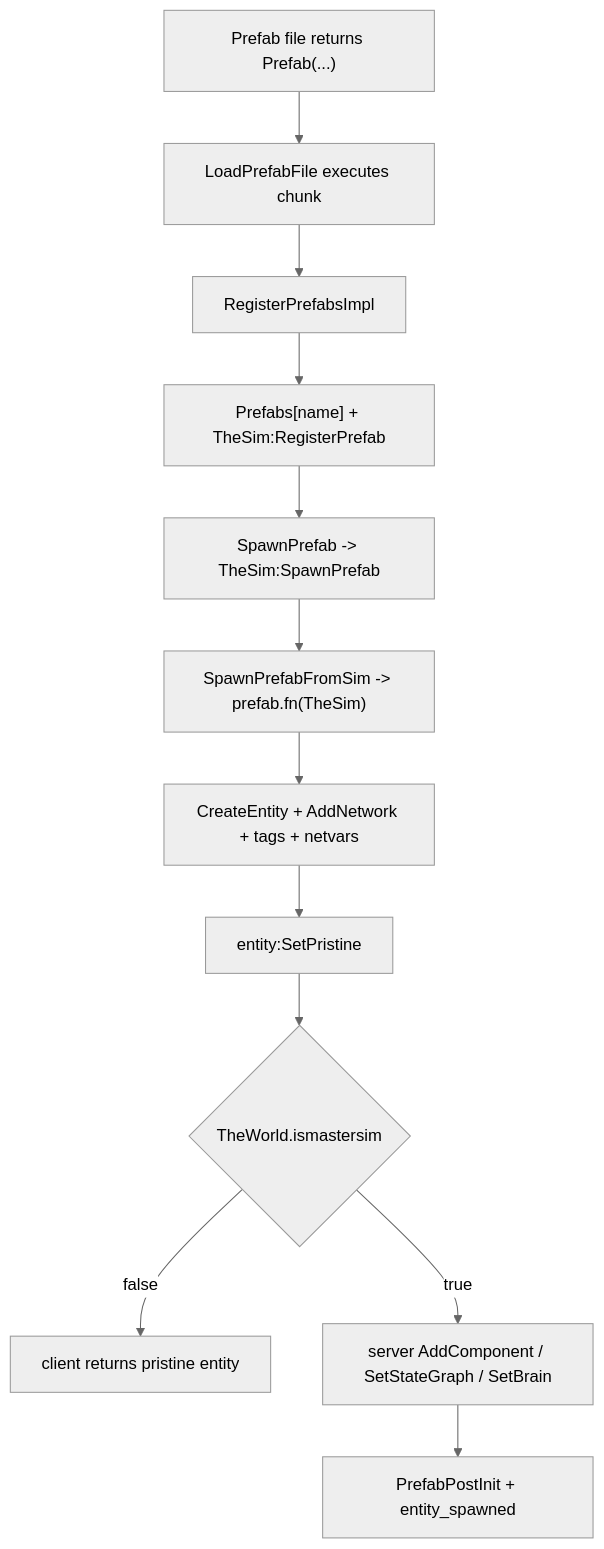
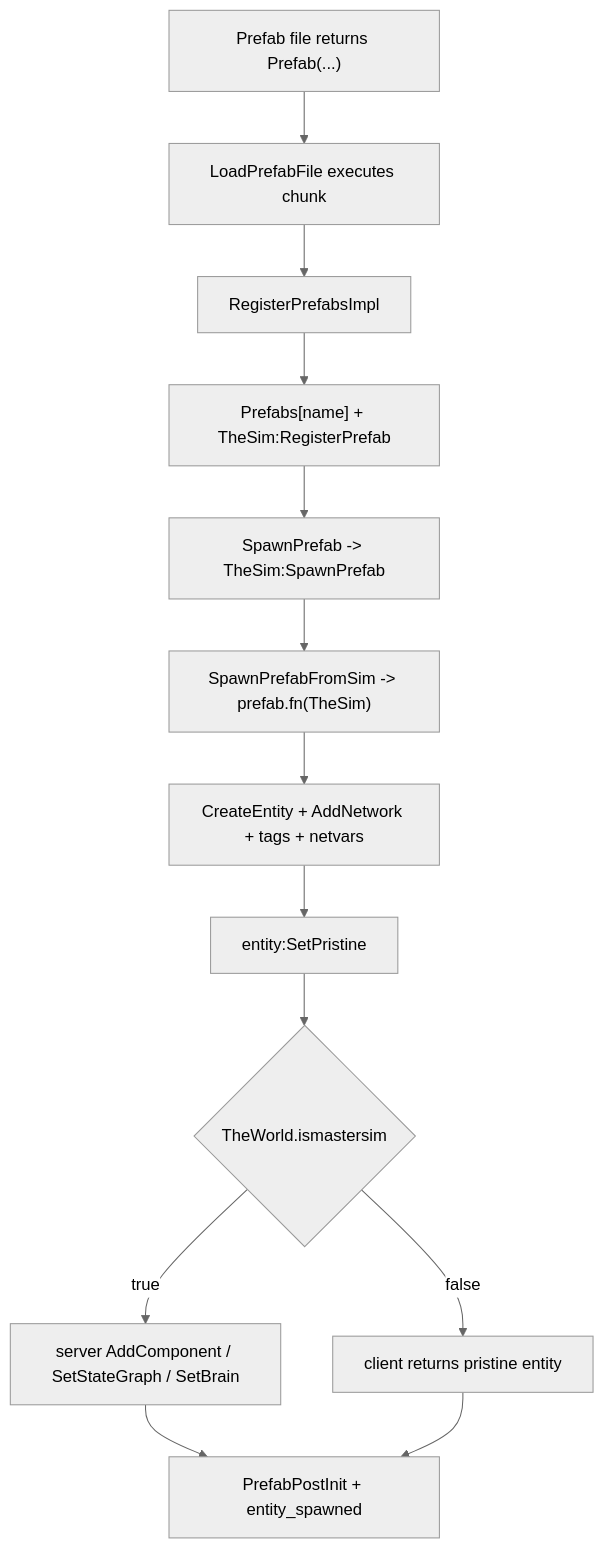
One commit to LetsStarveTogether/dst-server changed the diagram in dst-scripts/index/0x3000-entity-action/0x3300-prefab-assembly/0x3301-prefab-contract.md. Above: the diagram before and after it, drawn with Mermaid (neutral theme). The commit also changed other lines of this file and 13 other files, not shown here.

```diff
--- a/dst-scripts/index/0x3000-entity-action/0x3300-prefab-assembly/0x3301-prefab-contract.md
+++ b/dst-scripts/index/0x3000-entity-action/0x3300-prefab-assembly/0x3301-prefab-contract.md
@@ -65,15 +65,16 @@
 ~~~mermaid
 flowchart TD
     A["Prefab file returns Prefab(...)"]
     A --> B["LoadPrefabFile executes chunk"]
     B --> C["RegisterPrefabsImpl"]
     C --> D["Prefabs[name] + TheSim:RegisterPrefab"]
     D --> E["SpawnPrefab -> TheSim:SpawnPrefab"]
     E --> F["SpawnPrefabFromSim -> prefab.fn(TheSim)"]
     F --> G["CreateEntity + AddNetwork + tags + netvars"]
     G --> H["entity:SetPristine"]
     H --> I{"TheWorld.ismastersim"}
     I -->|false| J["client returns pristine entity"]
     I -->|true| K["server AddComponent / SetStateGraph / SetBrain"]
     K --> L["PrefabPostInit + entity_spawned"]
+    J --> L
 ~~~
```
